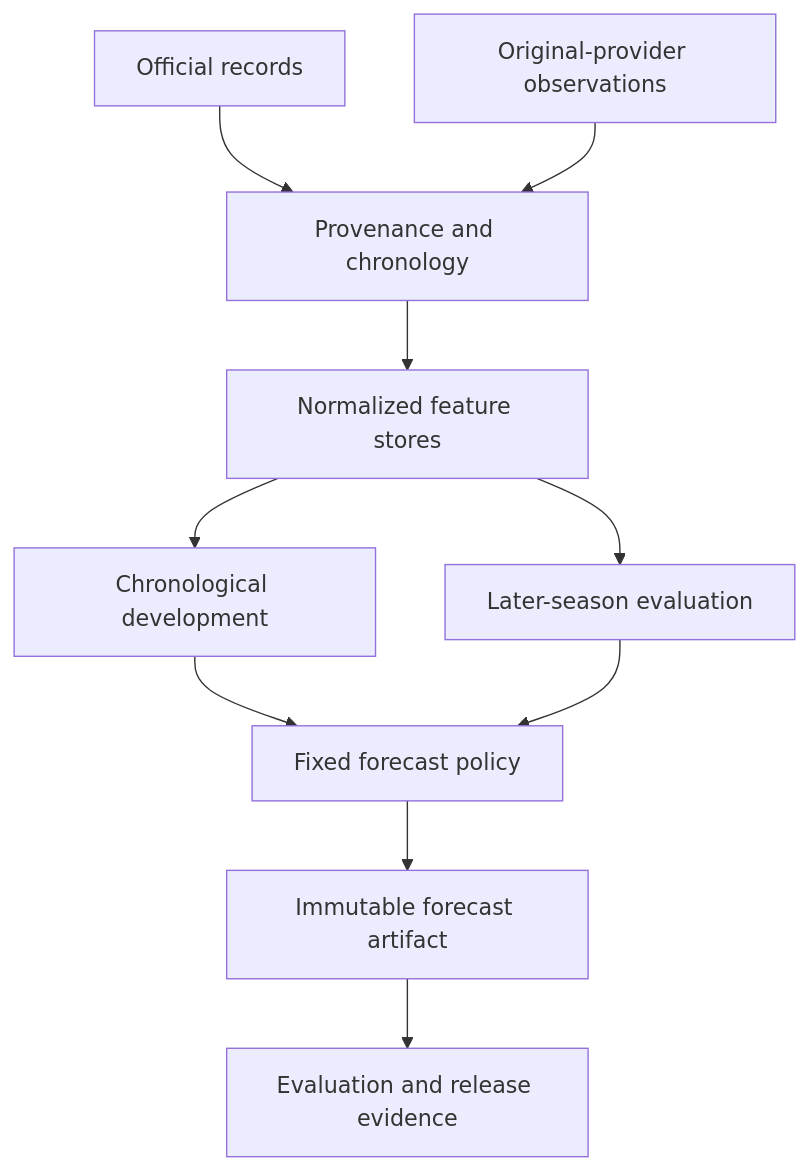
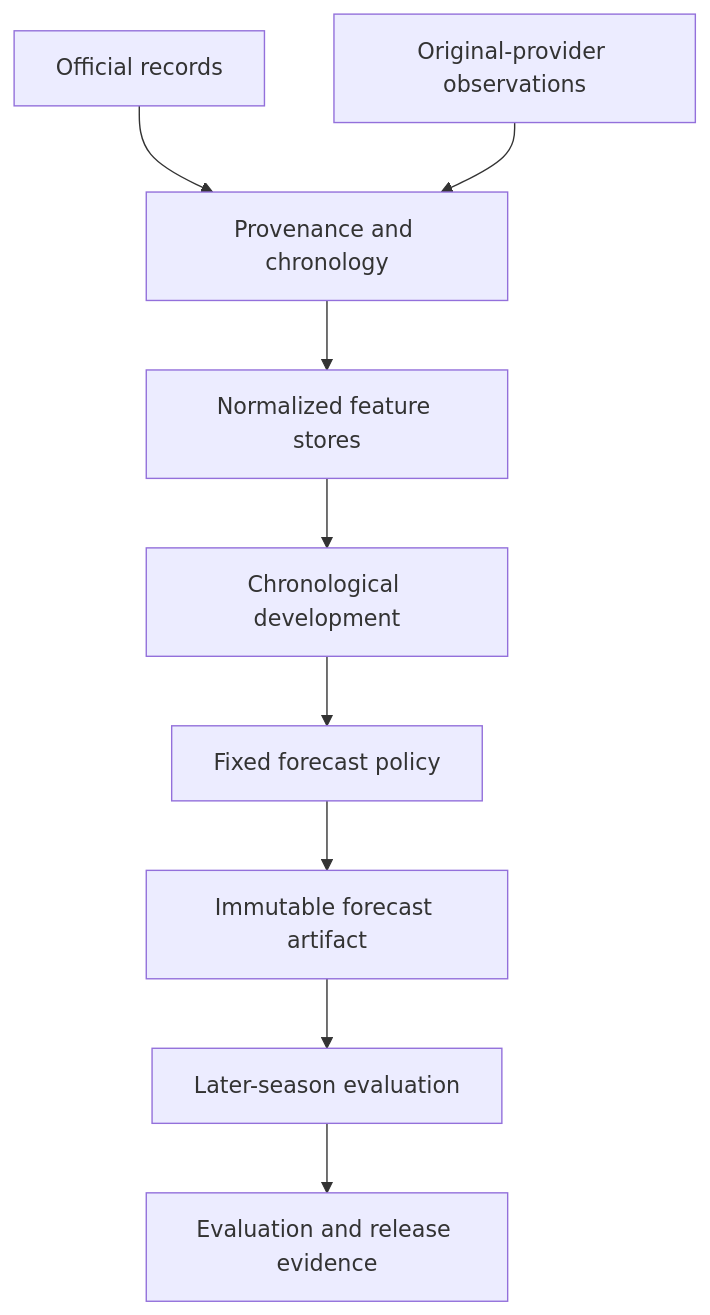
The first of 2 diagrams in docs/architecture.md (alvaromendizabal/march-machine-learning-mania-2026), drawn with Mermaid before and after one commit. The commit also changed other lines of this file and 31 other files, not shown here.

````diff
--- a/docs/architecture.md
+++ b/docs/architecture.md
@@ -5,12 +5,11 @@
 ```mermaid
 flowchart TD
     A[Official records] --> C[Provenance and chronology]
     B[Original-provider observations] --> C
     C --> D[Normalized feature stores]
     D --> E[Chronological development]
-    D --> F[Later-season evaluation]
     E --> G[Fixed forecast policy]
-    F --> G
     G --> H[Immutable forecast artifact]
-    H --> I[Evaluation and release evidence]
+    H --> F[Later-season evaluation]
+    F --> I[Evaluation and release evidence]
 ```
````
